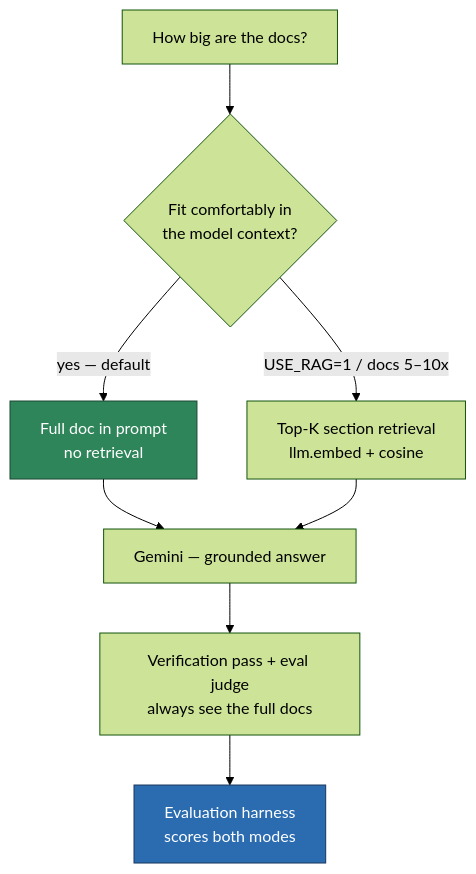
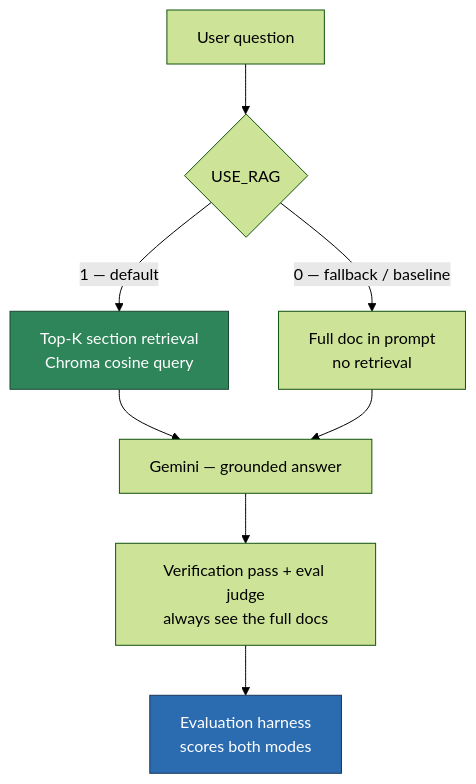
The second of 12 diagrams in docs/SugboDoc-Chatbot-Flowchart.md (troymerales/sugbo-chatbot), drawn with Mermaid (forest theme) before and after one commit. The commit also changed other lines of this file and 6 other files, not shown here.

````diff
--- a/docs/SugboDoc-Chatbot-Flowchart.md
+++ b/docs/SugboDoc-Chatbot-Flowchart.md
@@ -56,13 +67,13 @@
 ```mermaid
 flowchart TD
-    Q[How big are the docs?] --> A{Fit comfortably in<br/>the model context?}
-    A -->|yes — default| F1[Full doc in prompt<br/>no retrieval]
-    A -->|USE_RAG=1 / docs 5–10x| F2[Top-K section retrieval<br/>llm.embed + cosine]
-    F1 --> GEN[Gemini — grounded answer]
-    F2 --> GEN
+    Q[User question] --> A{USE_RAG}
+    A -->|1 — default| F2[Top-K section retrieval<br/>Chroma cosine query]
+    A -->|0 — fallback / baseline| F1[Full doc in prompt<br/>no retrieval]
+    F2 --> GEN[Gemini — grounded answer]
+    F1 --> GEN
     GEN --> VER[Verification pass + eval judge<br/>always see the full docs]
     VER --> EVAL[Evaluation harness<br/>scores both modes]
 
-    style F1 fill:#2f855a,stroke:#1a4731,color:#fff
+    style F2 fill:#2f855a,stroke:#1a4731,color:#fff
     style EVAL fill:#2b6cb0,stroke:#1a365d,color:#fff
 ```
````
